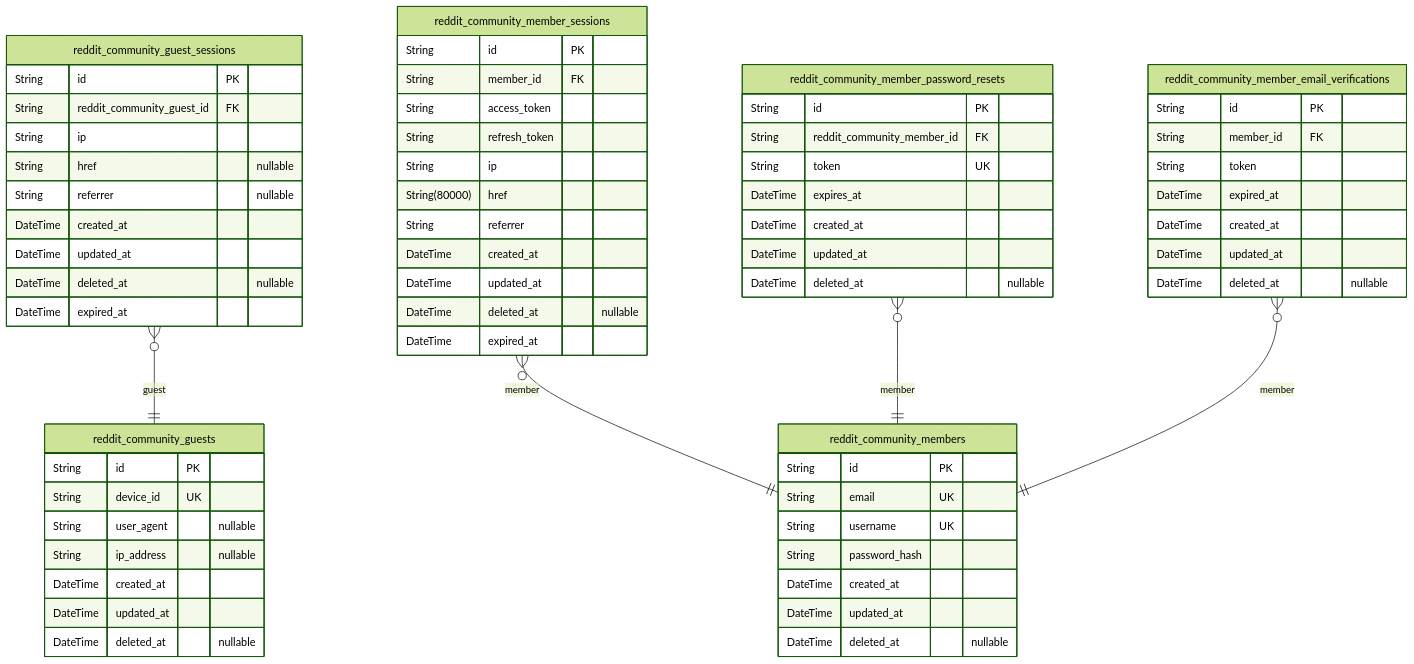
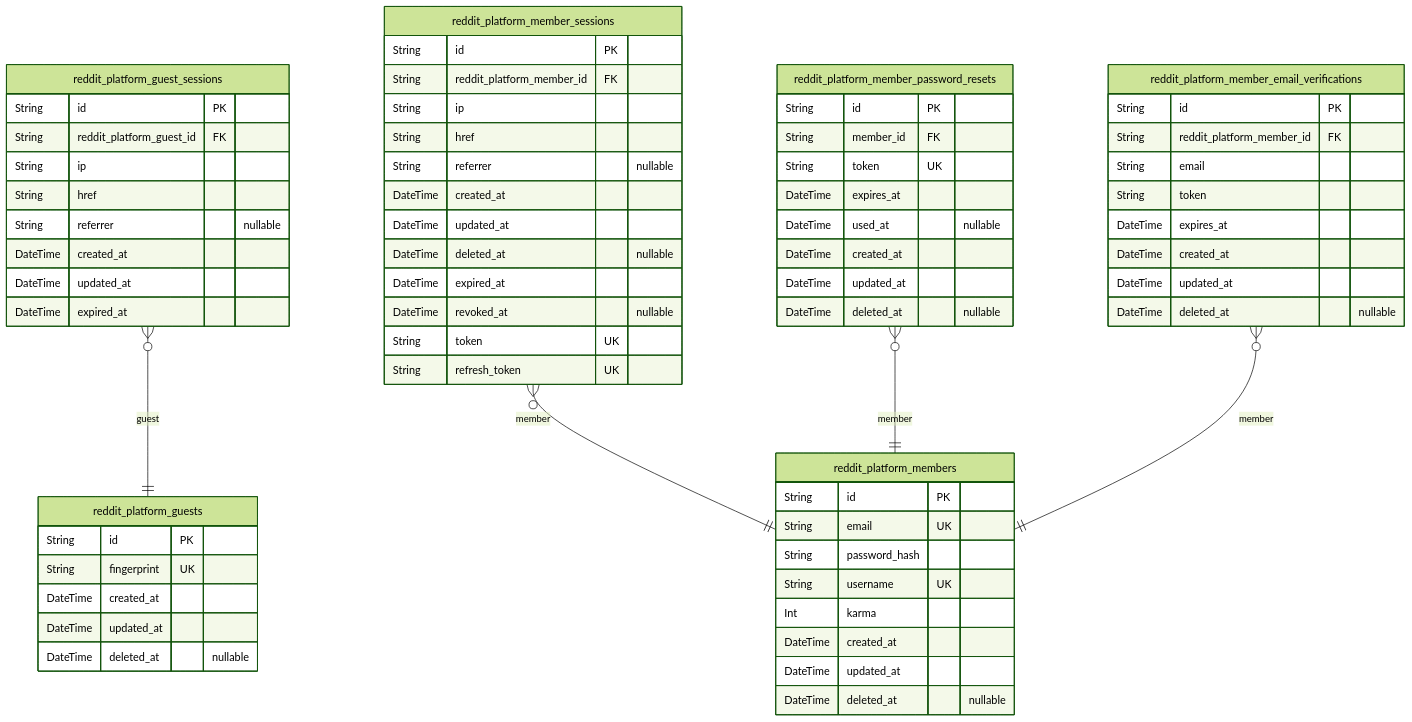
Before and after one commit to wrtnlabs/autobe-examples: the first of 8 diagrams in qwen/qwen3.5-35b-a3b/reddit/docs/ERD.md, drawn with Mermaid (forest theme). The commit also changed other lines of this file and 32093 other files, not shown here.

````diff
--- a/qwen/qwen3.5-35b-a3b/reddit/docs/ERD.md
+++ b/qwen/qwen3.5-35b-a3b/reddit/docs/ERD.md
@@ -19,67 +16,68 @@
 ```mermaid
 erDiagram
-"reddit_community_guests" {
+"reddit_platform_guests" {
   String id PK
-  String device_id UK
-  String user_agent "nullable"
-  String ip_address "nullable"
+  String fingerprint UK
   DateTime created_at
   DateTime updated_at
   DateTime deleted_at "nullable"
 }
-"reddit_community_guest_sessions" {
+"reddit_platform_guest_sessions" {
   String id PK
-  String reddit_community_guest_id FK
+  String reddit_platform_guest_id FK
   String ip
-  String href "nullable"
+  String href
+  String referrer "nullable"
+  DateTime created_at
+  DateTime updated_at
+  DateTime expired_at
+}
+"reddit_platform_members" {
+  String id PK
+  String email UK
+  String password_hash
+  String username UK
+  Int karma
+  DateTime created_at
+  DateTime updated_at
+  DateTime deleted_at "nullable"
+}
+"reddit_platform_member_sessions" {
+  String id PK
+  String reddit_platform_member_id FK
+  String ip
+  String href
   String referrer "nullable"
   DateTime created_at
   DateTime updated_at
   DateTime deleted_at "nullable"
   DateTime expired_at
+  DateTime revoked_at "nullable"
+  String token UK
+  String refresh_token UK
 }
-"reddit_community_members" {
+"reddit_platform_member_password_resets" {
   String id PK
-  String email UK
-  String username UK
-  String password_hash
+  String member_id FK
+  String token UK
+  DateTime expires_at
+  DateTime used_at "nullable"
   DateTime created_at
   DateTime updated_at
   DateTime deleted_at "nullable"
 }
-"reddit_community_member_sessions" {
+"reddit_platform_member_email_verifications" {
   String id PK
-  String member_id FK
-  String access_token
-  String refresh_token
-  String ip
-  String(80000) href
-  String referrer
-  DateTime created_at
-  DateTime updated_at
-  DateTime deleted_at "nullable"
-  DateTime expired_at
-}
-"reddit_community_member_password_resets" {
-  String id PK
-  String reddit_community_member_id FK
-  String token UK
+  String reddit_platform_member_id FK
+  String email
+  String token
   DateTime expires_at
   DateTime created_at
   DateTime updated_at
   DateTime deleted_at "nullable"
 }
-"reddit_community_member_email_verifications" {
-  String id PK
-  String member_id FK
-  String token
-  DateTime expired_at
-  DateTime created_at
-  DateTime updated_at
-  DateTime deleted_at "nullable"
-}
-"reddit_community_guest_sessions" }o--|| "reddit_community_guests" : guest
-"reddit_community_member_sessions" }o--|| "reddit_community_members" : member
-"reddit_community_member_password_resets" }o--|| "reddit_community_members" : member
-"reddit_community_member_email_verifications" }o--|| "reddit_community_members" : member
+"reddit_platform_guest_sessions" }o--|| "reddit_platform_guests" : guest
+"reddit_platform_member_sessions" }o--|| "reddit_platform_members" : member
+"reddit_platform_member_password_resets" }o--|| "reddit_platform_members" : member
+"reddit_platform_member_email_verifications" }o--|| "reddit_platform_members" : member
 ```
````
